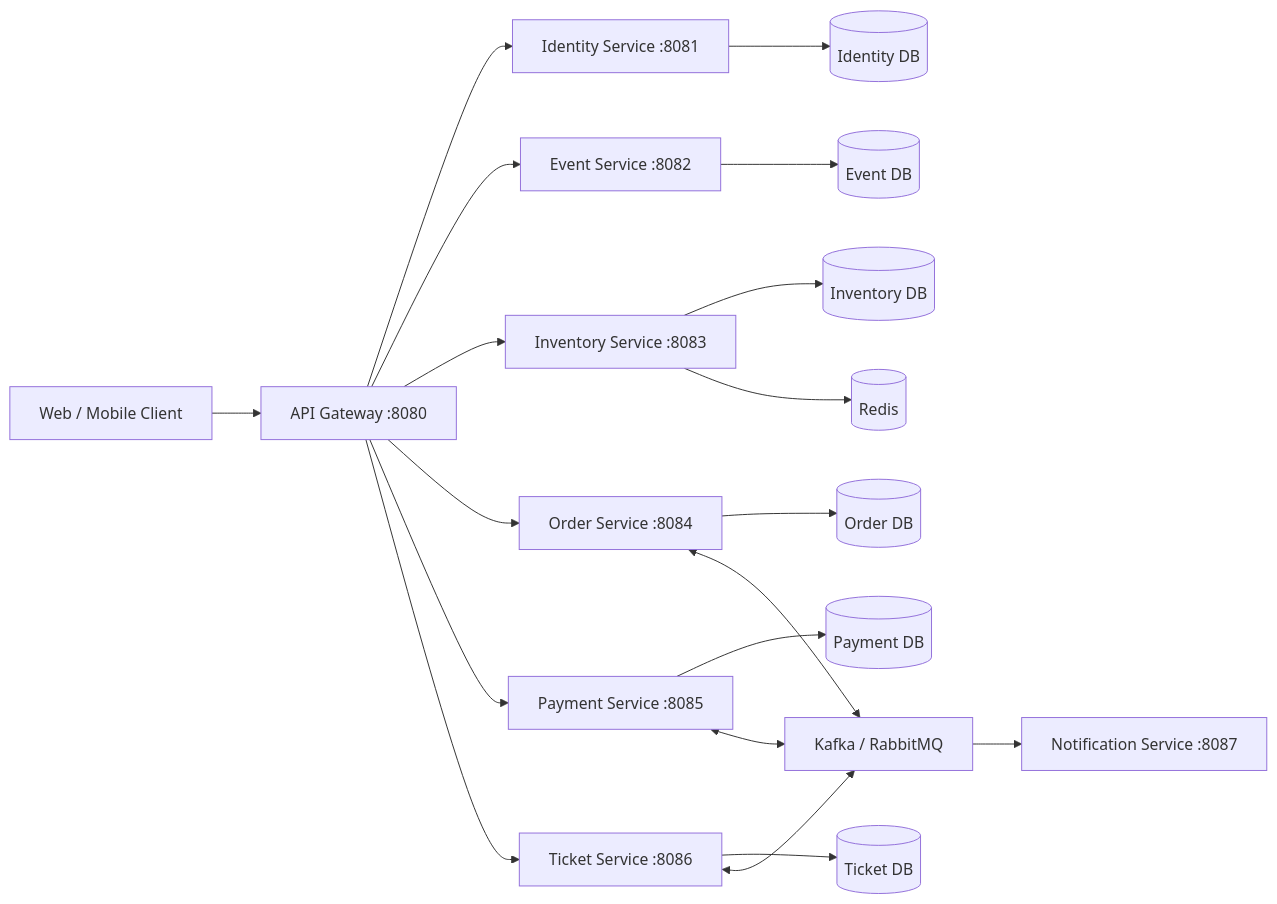
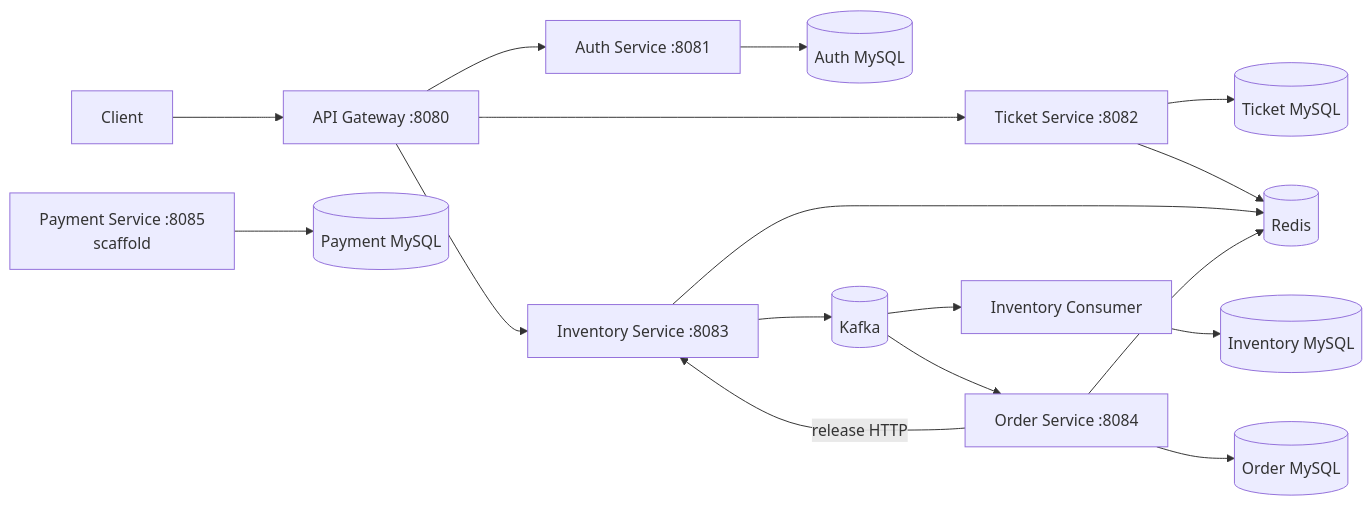
One commit to kairui1012/flashticket changed the diagram in DEVELOPMENT.md. Above: the diagram before and after it, drawn with Mermaid. The commit also changed other lines of this file and 3 other files, not shown here.

````diff
--- a/DEVELOPMENT.md
+++ b/DEVELOPMENT.md
@@ -36,24 +36,23 @@
 ```mermaid
 flowchart LR
-    Client[Web / Mobile Client] --> Gateway[API Gateway :8080]
+    Client[Client] --> Gateway[API Gateway :8080]
+    Gateway --> Auth[Auth Service :8081]
+    Gateway --> Ticket[Ticket Service :8082]
+    Gateway --> Inventory[Inventory Service :8083]
 
-    Gateway --> Identity[Identity Service :8081]
-    Gateway --> Event[Event Service :8082]
-    Gateway --> Inventory[Inventory Service :8083]
-    Gateway --> Order[Order Service :8084]
-    Gateway --> Payment[Payment Service :8085]
-    Gateway --> Ticket[Ticket Service :8086]
+    Auth --> AuthDB[(Auth MySQL)]
+    Ticket --> TicketDB[(Ticket MySQL)]
+    Ticket --> Redis[(Redis)]
 
-    Identity --> IdentityDB[(Identity DB)]
-    Event --> EventDB[(Event DB)]
-    Inventory --> InventoryDB[(Inventory DB)]
-    Inventory --> Redis[(Redis)]
-    Order --> OrderDB[(Order DB)]
-    Payment --> PaymentDB[(Payment DB)]
-    Ticket --> TicketDB[(Ticket DB)]
+    Inventory --> Redis
+    Inventory --> Kafka[(Kafka)]
+    Kafka --> InventoryConsumer[Inventory Consumer]
+    Kafka --> Order[Order Service :8084]
+    InventoryConsumer --> InventoryDB[(Inventory MySQL)]
 
-    Order <--> Broker[Kafka / RabbitMQ]
-    Payment <--> Broker
-    Ticket <--> Broker
-    Broker --> Notification[Notification Service :8087]
+    Order --> OrderDB[(Order MySQL)]
+    Order --> Redis
+    Order -->|release HTTP| Inventory
+
+    Payment[Payment Service :8085<br/>scaffold] --> PaymentDB[(Payment MySQL)]
 ```
````
